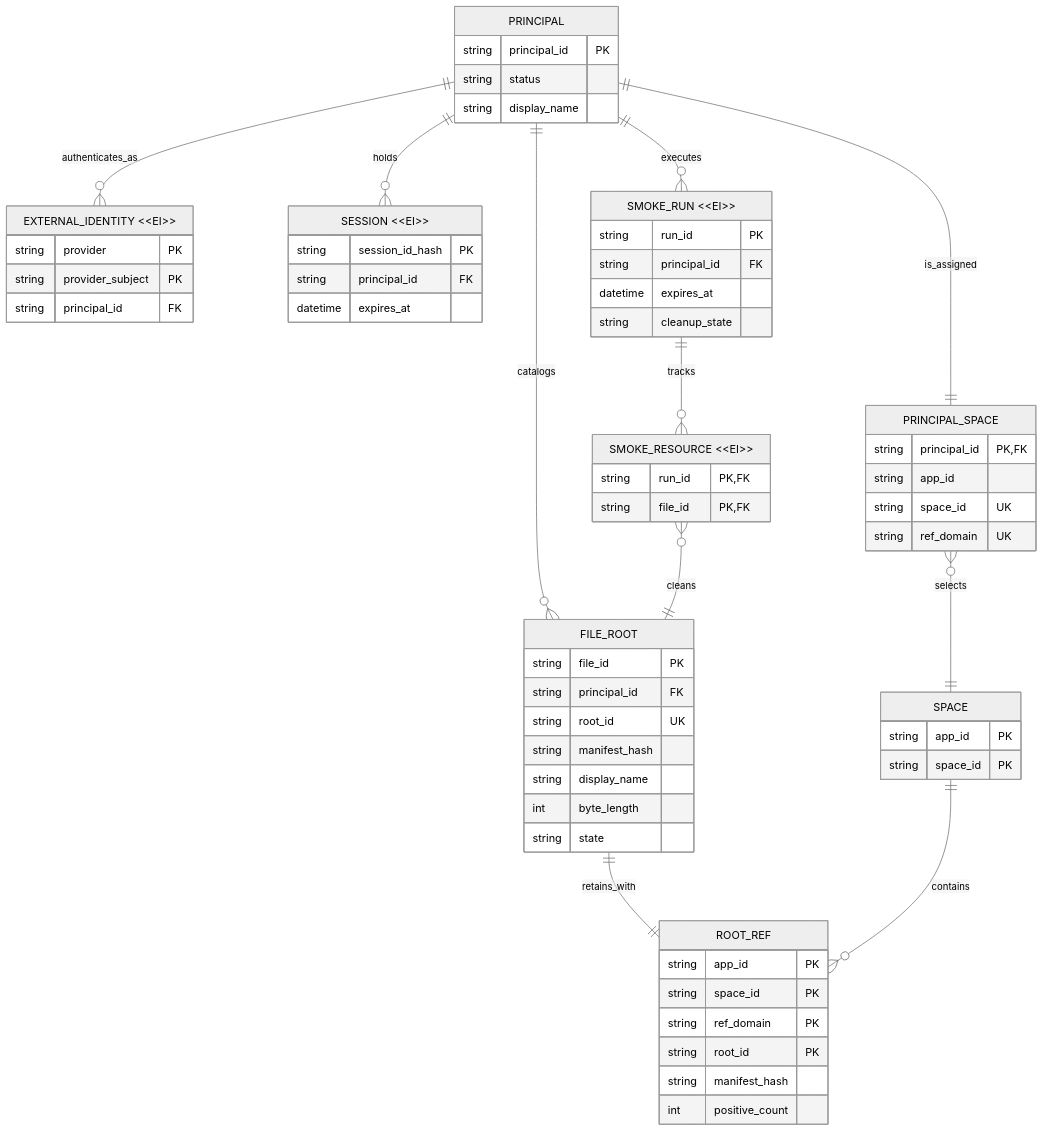
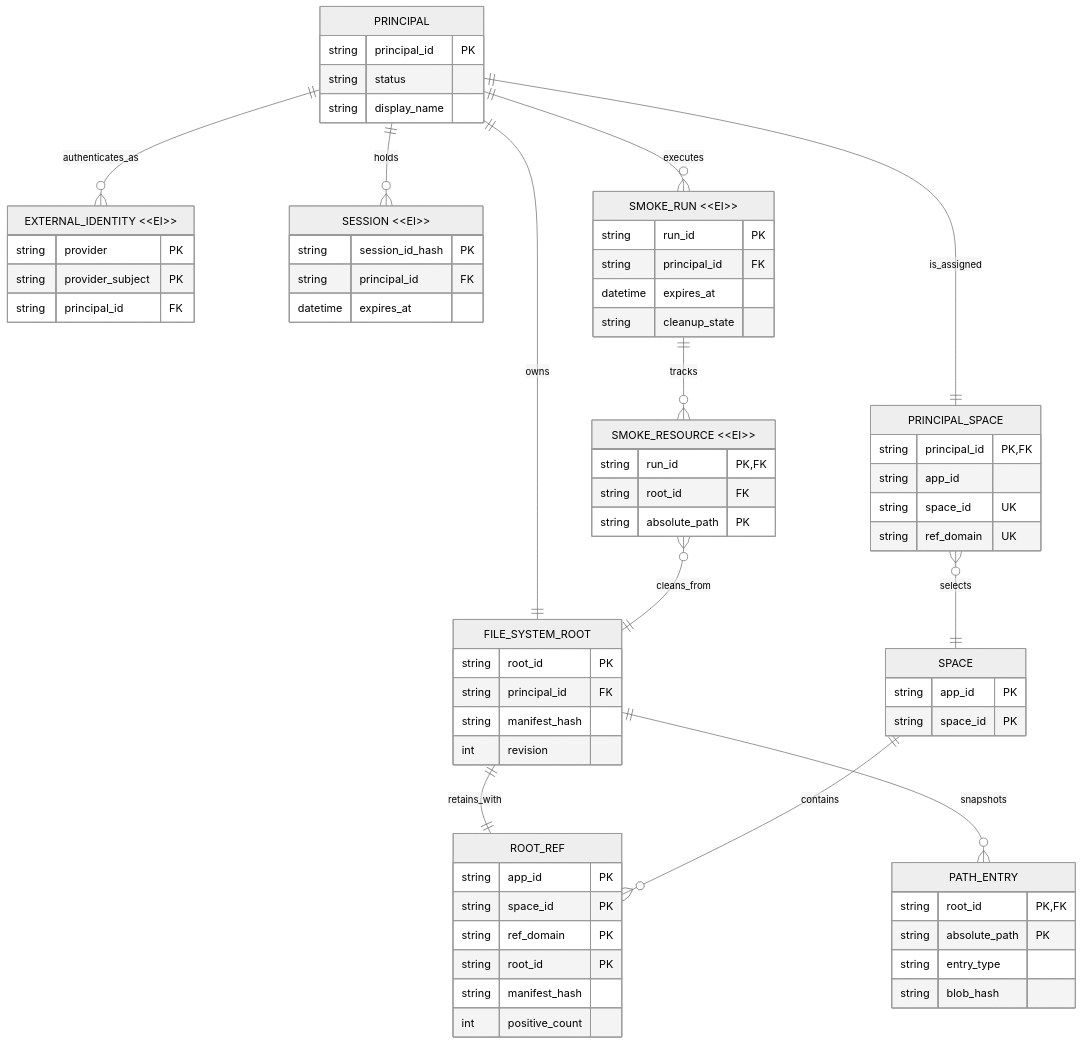
The diagram in tasks/build-file-upload-smoke-app/BusinessDataModel.md (shazhou-ww/unicas), drawn with Mermaid (neutral theme) before and after one commit. The commit also changed other lines of this file and 5 other files, not shown here.

````diff
--- a/tasks/build-file-upload-smoke-app/BusinessDataModel.md
+++ b/tasks/build-file-upload-smoke-app/BusinessDataModel.md
@@ -29,74 +30,80 @@
 ```mermaid
 erDiagram
   PRINCIPAL {
     string principal_id PK
     string status
     string display_name
   }
 
   EXTERNAL_IDENTITY["EXTERNAL_IDENTITY &lt;&lt;EI&gt;&gt;"] {
     string provider PK
     string provider_subject PK
     string principal_id FK
   }
 
   SESSION["SESSION &lt;&lt;EI&gt;&gt;"] {
     string session_id_hash PK
     string principal_id FK
     datetime expires_at
   }
 
   PRINCIPAL_SPACE {
     string principal_id PK, FK
     string app_id
     string space_id UK
     string ref_domain UK
   }
 
-  FILE_ROOT {
-    string file_id PK
+  FILE_SYSTEM_ROOT {
+    string root_id PK
     string principal_id FK
-    string root_id UK
     string manifest_hash
-    string display_name
-    int byte_length
-    string state
+    int revision
+  }
+
+  PATH_ENTRY {
+    string root_id PK, FK
+    string absolute_path PK
+    string entry_type
+    string blob_hash
   }
 
   SMOKE_RUN["SMOKE_RUN &lt;&lt;EI&gt;&gt;"] {
     string run_id PK
     string principal_id FK
     datetime expires_at
     string cleanup_state
   }
 
   SMOKE_RESOURCE["SMOKE_RESOURCE &lt;&lt;EI&gt;&gt;"] {
     string run_id PK, FK
-    string file_id PK, FK
+    string root_id FK
+    string absolute_path PK
   }
 
   SPACE {
     string app_id PK
     string space_id PK
   }
 
   ROOT_REF {
     string app_id PK
     string space_id PK
     string ref_domain PK
     string root_id PK
     string manifest_hash
     int positive_count
   }
 
   PRINCIPAL ||--o{ EXTERNAL_IDENTITY : authenticates_as
   PRINCIPAL ||--o{ SESSION : holds
   PRINCIPAL ||--|| PRINCIPAL_SPACE : is_assigned
   PRINCIPAL_SPACE }o--|| SPACE : selects
-  PRINCIPAL ||--o{ FILE_ROOT : catalogs
-  FILE_ROOT ||--|| ROOT_REF : retains_with
+  PRINCIPAL ||--|| FILE_SYSTEM_ROOT : owns
+  FILE_SYSTEM_ROOT ||--o{ PATH_ENTRY : snapshots
+  FILE_SYSTEM_ROOT ||--|| ROOT_REF : retains_with
   PRINCIPAL ||--o{ SMOKE_RUN : executes
   SMOKE_RUN ||--o{ SMOKE_RESOURCE : tracks
-  SMOKE_RESOURCE }o--|| FILE_ROOT : cleans
+  SMOKE_RESOURCE }o--|| FILE_SYSTEM_ROOT : cleans_from
   SPACE ||--o{ ROOT_REF : contains
 ```
````
